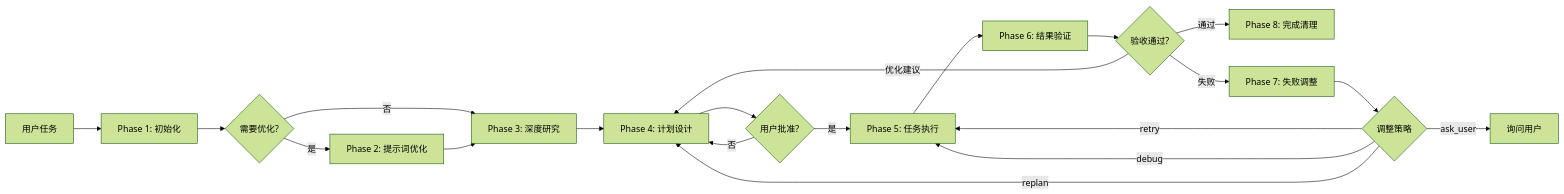
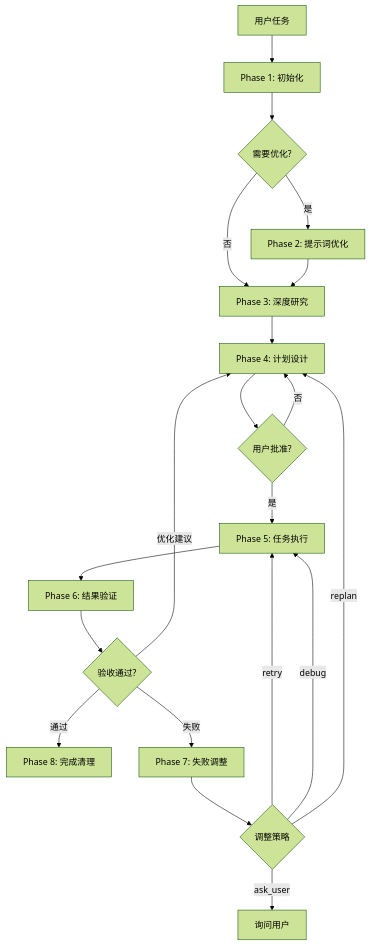
Before and after one commit to lazygophers/ccplugin: the diagram in plugins/tools/task/README.md, drawn with Mermaid (forest theme). The commit also changed 1 other file, not shown here.

Commit message:
style: 统一所有 Mermaid 图表为自上而下（TD）方向
修改文件：
- plugins/tools/task/README.md: graph LR → graph TD (PDCA主流程)
- plugins/tools/deepresearch/skills/knowledge-synthesizer/formats/presentation.md: graph LR → graph TD (演示格式示例)

原因：
- 自上而下更符合用户阅读习惯
- 统一所有流程图方向，提升文档一致性
- 更好利用垂直空间，避免水平过长

验证：
- 全局无 graph LR: 0 个
- 全局无 flowchart LR: 0 个
- 所有流程图统一使用 TD 方向

````diff
--- a/plugins/tools/task/README.md
+++ b/plugins/tools/task/README.md
@@ -41,22 +41,22 @@
 ```mermaid
-graph LR
+graph TD
     A[用户任务] --> B[Phase 1: 初始化]
     B --> C{需要优化?}
     C -->|是| D[Phase 2: 提示词优化]
     C -->|否| E[Phase 3: 深度研究]
     D --> E
     E --> F[Phase 4: 计划设计]
     F --> G{用户批准?}
     G -->|否| F
     G -->|是| H[Phase 5: 任务执行]
     H --> I[Phase 6: 结果验证]
     I --> J{验收通过?}
     J -->|通过| K[Phase 8: 完成清理]
     J -->|优化建议| F
     J -->|失败| L[Phase 7: 失败调整]
     L --> M{调整策略}
     M -->|retry| H
     M -->|debug| H
     M -->|replan| F
     M -->|ask_user| N[询问用户]
 ```
````
